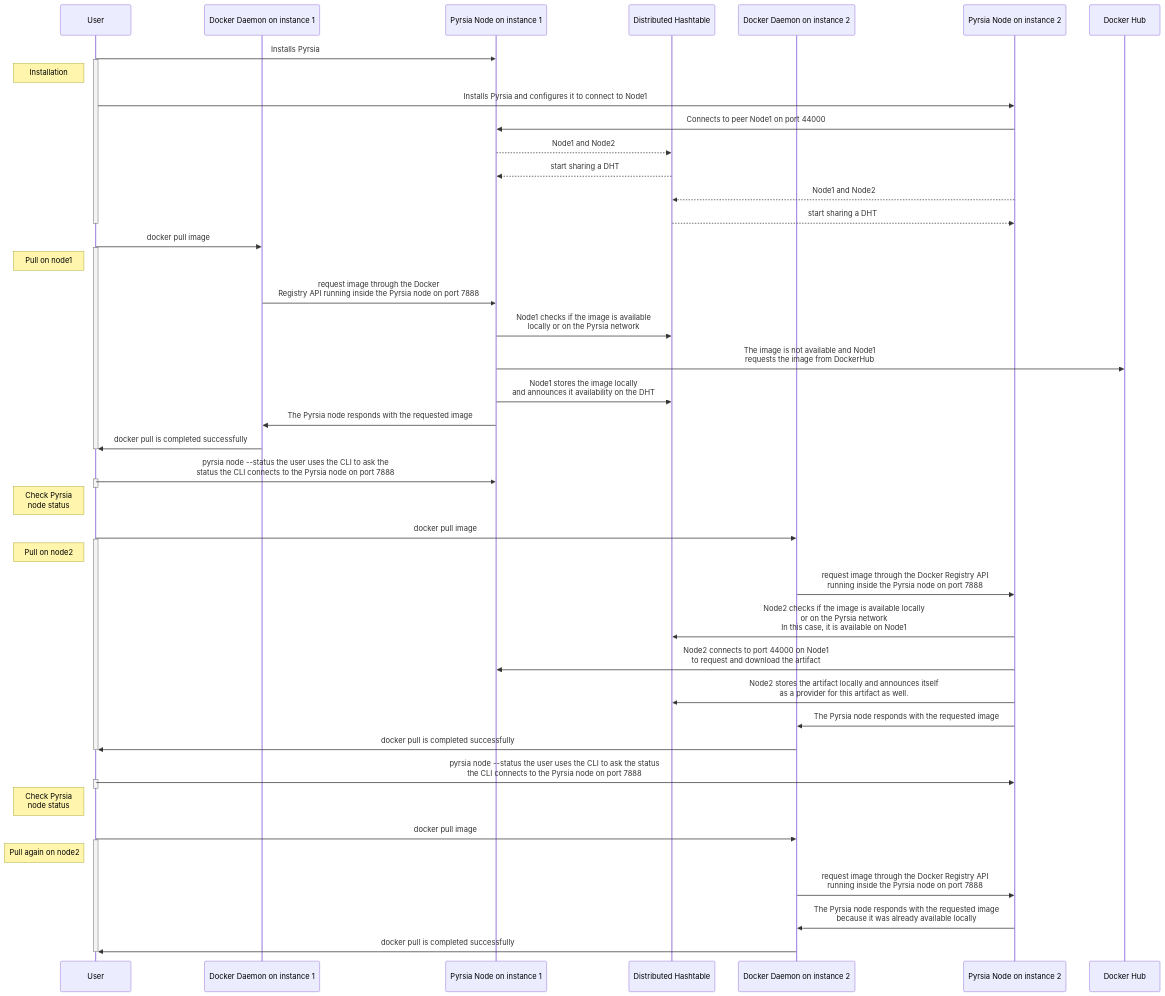
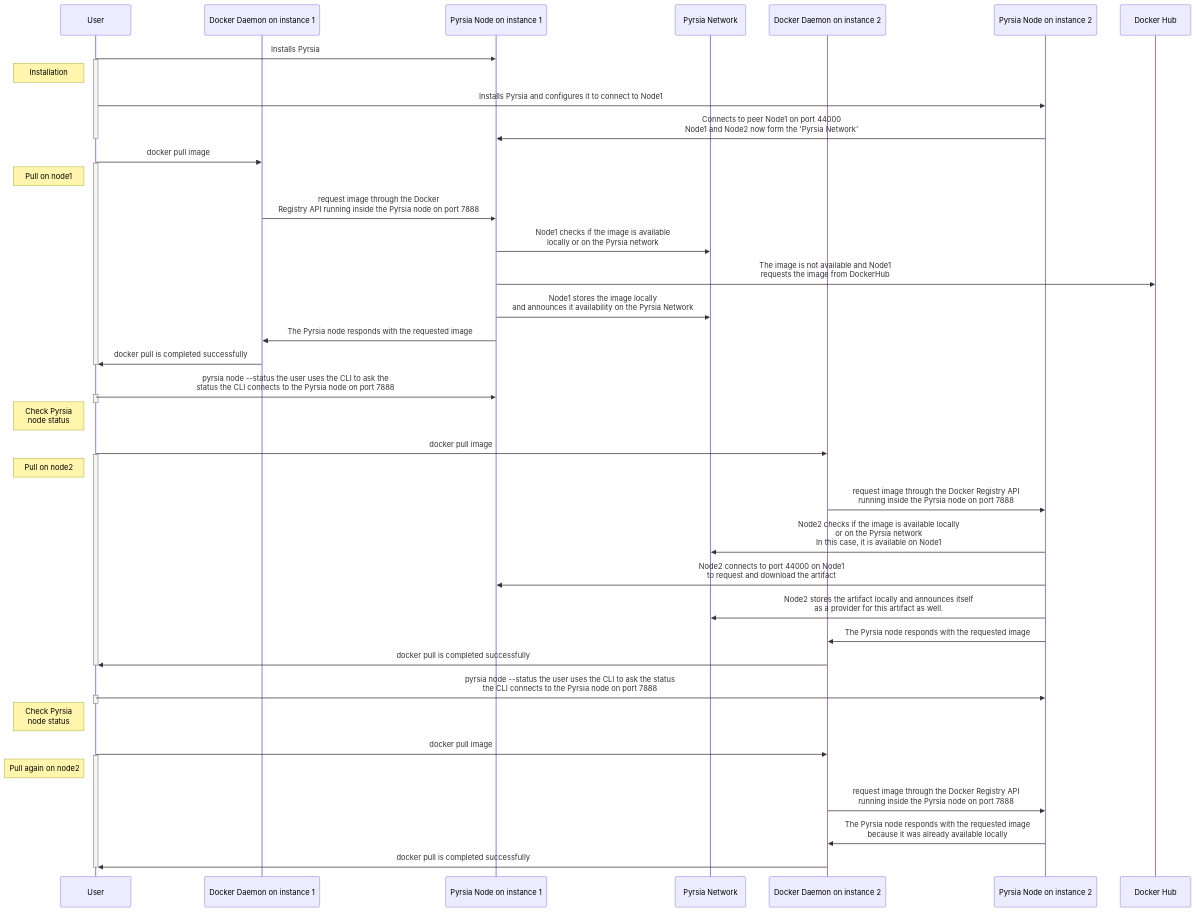
Before and after one commit to pyrsia/pyrsia: the second of 2 diagrams in docs/tutorials/demo.md, drawn with Mermaid. The commit also changed other lines of this file, not shown here.

Commit message:
simplified the sequence diagram

````diff
--- a/docs/tutorials/demo.md
+++ b/docs/tutorials/demo.md
@@ -54,67 +54,63 @@
 ```mermaid
 sequenceDiagram
 participant User as User
 participant Docker1 as Docker Daemon on instance 1
 participant Node1 as Pyrsia Node on instance 1
-participant DHT as Distributed Hashtable
+participant PNW as Pyrsia Network
 participant Docker2 as Docker Daemon on instance 2
 participant Node2 as Pyrsia Node on instance 2
 participant DockerHub as Docker Hub
 
 User ->> Node1: Installs Pyrsia
 activate User
 note left of User: Installation
 User ->> Node2: Installs Pyrsia and configures it to connect to Node1
 
-Node2 ->> Node1: Connects to peer Node1 on port 44000
+Node2 ->> Node1: Connects to peer Node1 on port 44000<br>Node1 and Node2 now form the 'Pyrsia Network'
 
-Node1 -->> DHT: Node1 and Node2
-DHT -->> Node1: start sharing a DHT
-Node2 -->> DHT: Node1 and Node2
-DHT -->> Node2: start sharing a DHT
 deactivate User
 
 
 User ->> Docker1: docker pull image
 activate User
 note left of User: Pull on node1
 Docker1 ->> Node1: request image through the Docker<br>Registry API running inside the Pyrsia node on port 7888
-Node1 ->> DHT: Node1 checks if the image is available<br>locally or on the Pyrsia network
+Node1 ->> PNW: Node1 checks if the image is available<br>locally or on the Pyrsia network
 Node1 ->> DockerHub: The image is not available and Node1<br>requests the image from DockerHub
-Node1 ->> DHT: Node1 stores the image locally<br>and announces it availability on the DHT
+Node1 ->> PNW: Node1 stores the image locally<br>and announces it availability on the Pyrsia Network
 Node1 ->> Docker1: The Pyrsia node responds with the requested image
 Docker1 ->> User: docker pull is completed successfully
 deactivate User
 
 User ->> Node1: pyrsia node --status the user uses the CLI to ask the<br>status the CLI connects to the Pyrsia node on port 7888
 activate User
 deactivate User
 note left of User: Check Pyrsia<br>node status
 
 User ->> Docker2: docker pull image
 activate User
 note left of User: Pull on node2
 Docker2 ->> Node2: request image through the Docker Registry API<br>running inside the Pyrsia node on port 7888
 
-Node2 ->> DHT: Node2 checks if the image is available locally<br>or on the Pyrsia network<br>In this case, it is available on Node1
+Node2 ->> PNW: Node2 checks if the image is available locally<br>or on the Pyrsia network<br>In this case, it is available on Node1
 
 Node2 ->> Node1: Node2 connects to port 44000 on Node1<br>to request and download the artifact
-Node2 ->> DHT: Node2 stores the artifact locally and announces itself<br>as a provider for this artifact as well.
+Node2 ->> PNW: Node2 stores the artifact locally and announces itself<br>as a provider for this artifact as well.
 Node2 ->> Docker2: The Pyrsia node responds with the requested image
 Docker2 ->> User: docker pull is completed successfully
 deactivate User
 
 User ->> Node2: pyrsia node --status the user uses the CLI to ask the status<br>the CLI connects to the Pyrsia node on port 7888
 activate User
 deactivate User
 note left of User: Check Pyrsia<br>node status
 
 
 User ->> Docker2: docker pull image
 activate User
 note left of User: Pull again on node2
 Docker2 ->> Node2: request image through the Docker Registry API<br>running inside the Pyrsia node on port 7888
 Node2 ->> Docker2: The Pyrsia node responds with the requested image<br>because it was already available locally
 Docker2 ->> User: docker pull is completed successfully
 deactivate User
 ```
````
